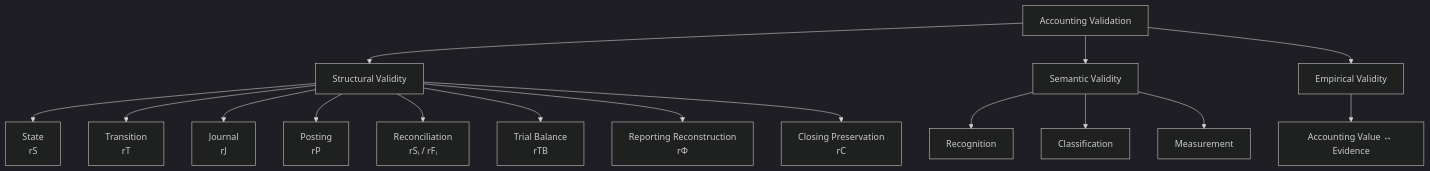
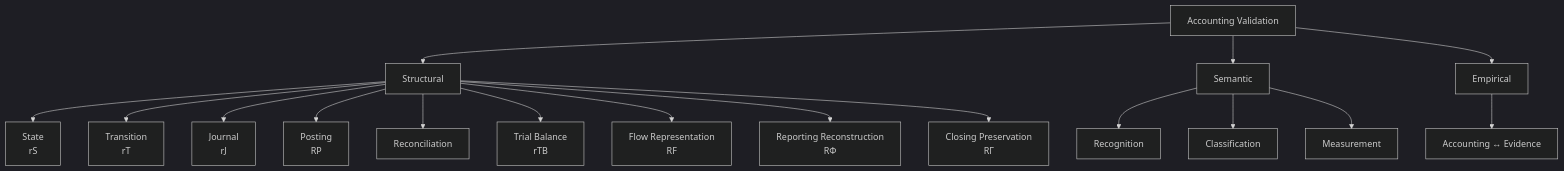
One commit to niikei/accounting-state-model changed the second of 2 diagrams in theory/09-validation.md. Above: the diagram before and after it, drawn with Mermaid (dark theme). The commit also changed other lines of this file and 8 other files, not shown here.

````diff
--- a/theory/09-validation.md
+++ b/theory/09-validation.md
@@ -1321,27 +1168,28 @@
 ```mermaid
 flowchart TD
     V["Accounting Validation"]
 
-    STRUCT["Structural Validity"]
-    SEM["Semantic Validity"]
-    EMP["Empirical Validity"]
+    STRUCT["Structural"]
+    SEM["Semantic"]
+    EMP["Empirical"]
 
     V --> STRUCT
     V --> SEM
     V --> EMP
 
     STRUCT --> STATE["State<br/>rS"]
     STRUCT --> TRANS["Transition<br/>rT"]
     STRUCT --> JOURNAL["Journal<br/>rJ"]
-    STRUCT --> POST["Posting<br/>rP"]
-    STRUCT --> RECON["Reconciliation<br/>rSᵢ / rFᵢ"]
+    STRUCT --> POST["Posting<br/>RP"]
+    STRUCT --> RECON["Reconciliation"]
     STRUCT --> TB["Trial Balance<br/>rTB"]
-    STRUCT --> REPORT["Reporting Reconstruction<br/>rΦ"]
-    STRUCT --> CLOSE["Closing Preservation<br/>rC"]
+    STRUCT --> FLOW["Flow Representation<br/>RF"]
+    STRUCT --> REPORT["Reporting Reconstruction<br/>RΦ"]
+    STRUCT --> CLOSE["Closing Preservation<br/>RΓ"]
 
     SEM --> RECOG["Recognition"]
     SEM --> CLASS["Classification"]
     SEM --> MEASURE["Measurement"]
 
-    EMP --> EVIDENCE["Accounting Value ↔ Evidence"]
+    EMP --> EVIDENCE["Accounting ↔ Evidence"]
 ```
````
